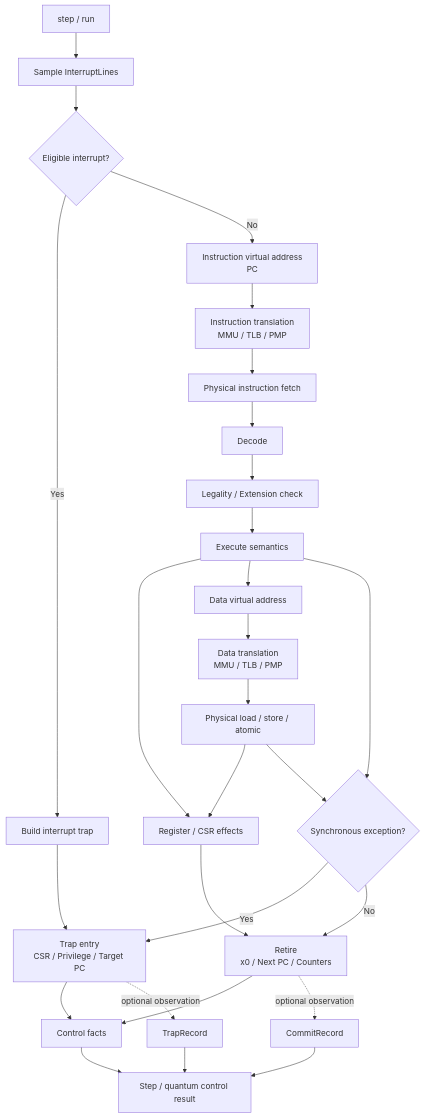
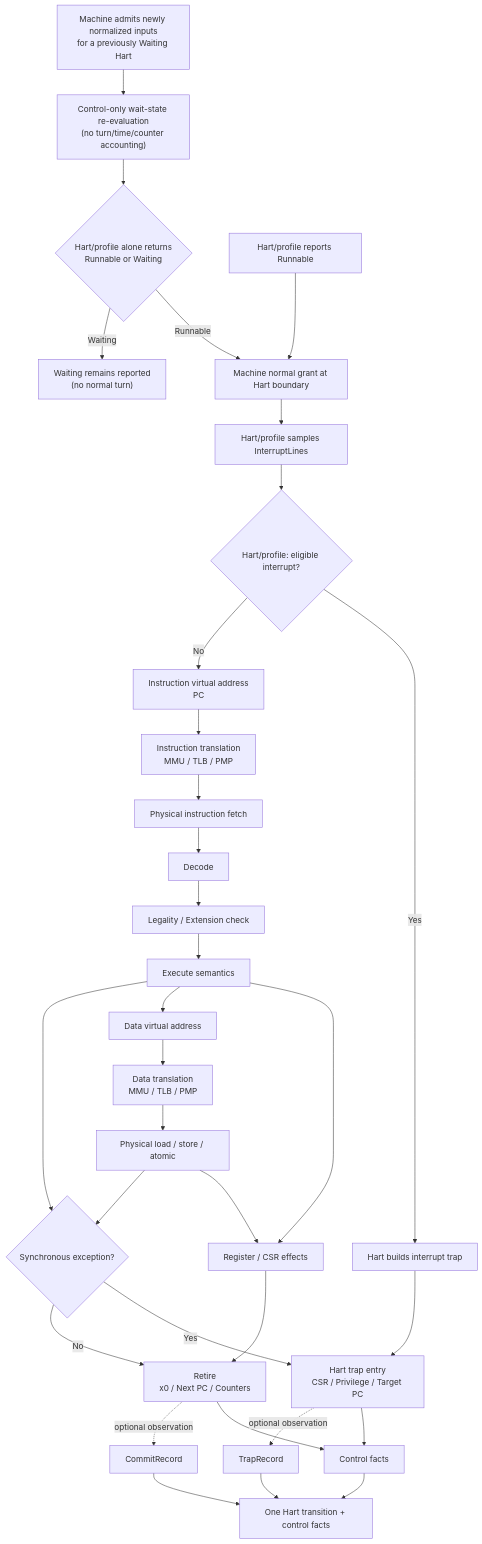
Before and after one commit to mimiqdev/ruscv-sim: the fourth of 8 diagrams in docs/architecture/README.md, drawn with Mermaid. The commit also changed other lines of this file and 8 other files, not shown here.

First line of the commit message:
docs(architecture): add interrupt, time, scheduling, and stop-event ADR (#10)

````diff
--- a/docs/architecture/README.md
+++ b/docs/architecture/README.md
@@ -147,33 +147,39 @@
 ```mermaid
 flowchart TB
-    ENTRY["step / run"] --> SAMPLE["Sample InterruptLines"]
-    SAMPLE --> PENDING{"Eligible interrupt?"}
-    PENDING -- Yes --> INTR["Build interrupt trap"]
-    INTR --> TRAP["Trap entry<br/>CSR / Privilege / Target PC"]
+    WAITINPUT["Machine admits newly normalized inputs<br/>for a previously Waiting Hart"] --> REEVAL["Control-only wait-state re-evaluation<br/>(no turn/time/counter accounting)"]
+    REEVAL --> WAITRESULT{"Hart/profile alone returns<br/>Runnable or Waiting"}
+    WAITRESULT -- Runnable --> ENTRY["Machine normal grant at Hart boundary"]
+    WAITRESULT -- Waiting --> STILLWAIT["Waiting remains reported<br/>(no normal turn)"]
+    RUNNABLE["Hart/profile reports Runnable"] --> ENTRY
+
+    ENTRY --> SAMPLE["Hart/profile samples InterruptLines"]
+    SAMPLE --> PENDING{"Hart/profile: eligible interrupt?"}
+    PENDING -- Yes --> INTR["Hart builds interrupt trap"]
+    INTR --> TRAP["Hart trap entry<br/>CSR / Privilege / Target PC"]
 
     PENDING -- No --> FETCHVA["Instruction virtual address<br/>PC"]
     FETCHVA --> IMMU["Instruction translation<br/>MMU / TLB / PMP"]
     IMMU --> FETCHPA["Physical instruction fetch"]
     FETCHPA --> DECODE["Decode"]
     DECODE --> CHECK["Legality / Extension check"]
     CHECK --> EXEC["Execute semantics"]
 
     EXEC --> REG["Register / CSR effects"]
     EXEC --> MEMVA["Data virtual address"]
     MEMVA --> DMMU["Data translation<br/>MMU / TLB / PMP"]
     DMMU --> MEMPA["Physical load / store / atomic"]
     MEMPA --> REG
 
     EXEC --> EXCEPTION{"Synchronous exception?"}
     MEMPA --> EXCEPTION
     EXCEPTION -- Yes --> TRAP
     EXCEPTION -- No --> RETIRE["Retire<br/>x0 / Next PC / Counters"]
     REG --> RETIRE
     RETIRE --> CTRL["Control facts"]
     TRAP --> CTRL
     RETIRE -. optional observation .-> COMMIT["CommitRecord"]
     TRAP -. optional observation .-> TRAPREC["TrapRecord"]
-    CTRL --> OUT["Step / quantum control result"]
+    CTRL --> OUT["One Hart transition + control facts"]
     COMMIT --> OUT
     TRAPREC --> OUT
 ```
````
